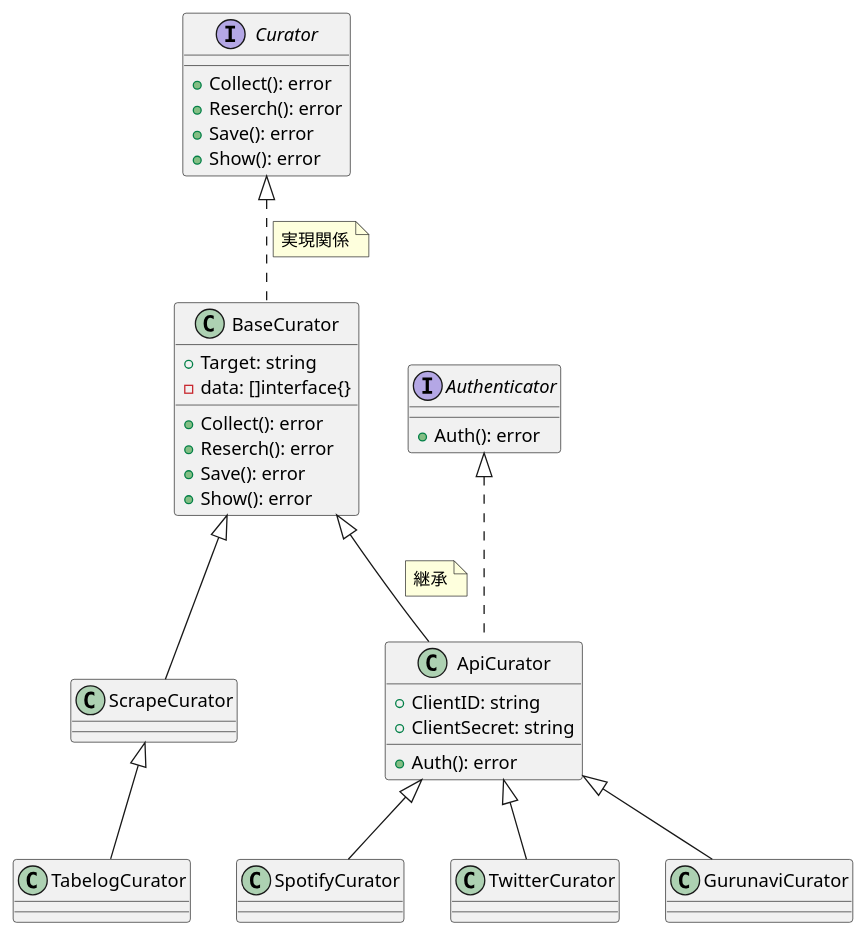
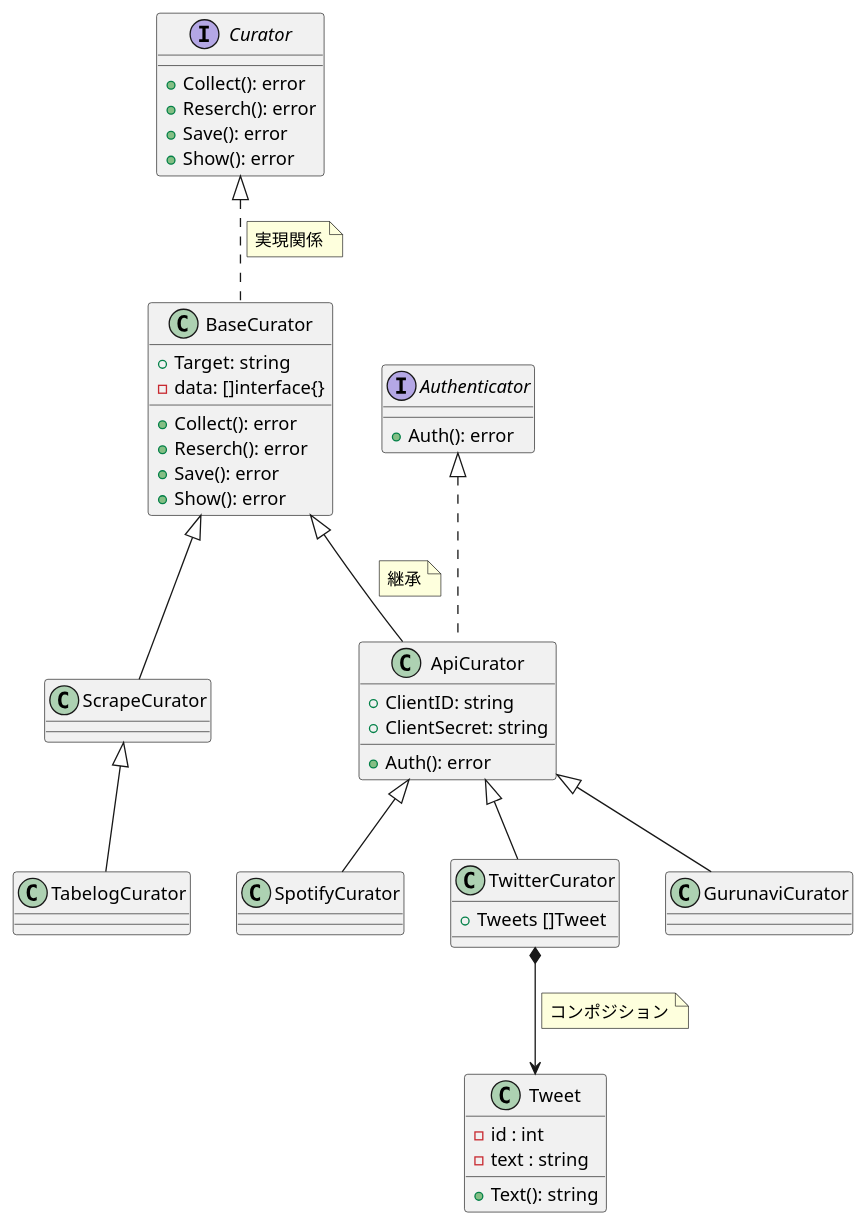
The diagram in class.pu (ddddddO/oop-go), drawn with PlantUML before and after one commit. The commit also changed 2 other files, not shown here.

Commit message:
Add class Tweet

```diff
--- a/class.pu
+++ b/class.pu
@@ -1,68 +1,75 @@
 @startuml
 
 interface Curator {
 	+ Collect(): error
 	+ Reserch(): error
 	+ Save(): error
 	+ Show(): error
 }
 
 class BaseCurator {
     + Target: string
     - data: []interface{}
 	+ Collect(): error
 	+ Reserch(): error
 	+ Save(): error
 	+ Show(): error
 }
 
 interface Authenticator{
 	+ Auth(): error
 }
 
 class ApiCurator {
 	+ ClientID: string
 	+ ClientSecret: string
 	+ Auth(): error
 }
 
 class GurunaviCurator {
 }
 
 class SpotifyCurator {
 }
 
 class TwitterCurator {
+	+ Tweets []Tweet
 }
 
 class ScrapeCurator {
 }
 
 class TabelogCurator {
 }
 
-
+class Tweet {
+    - id : int
+    - text : string
+	+ Text(): string
+}
 
 Curator <|.. BaseCurator
 note on link
 実現関係
 end note
 
 BaseCurator <|-- ApiCurator
 note on link
 継承
 end note
 
 BaseCurator <|-- ScrapeCurator
 ScrapeCurator <|-- TabelogCurator
 
 
 Authenticator <|.. ApiCurator
 
 ApiCurator <|-- GurunaviCurator
 ApiCurator <|-- SpotifyCurator
 ApiCurator <|-- TwitterCurator
-
-
+TwitterCurator *--> Tweet
+note on link
+コンポジション
+end note
 
 @enduml
```
